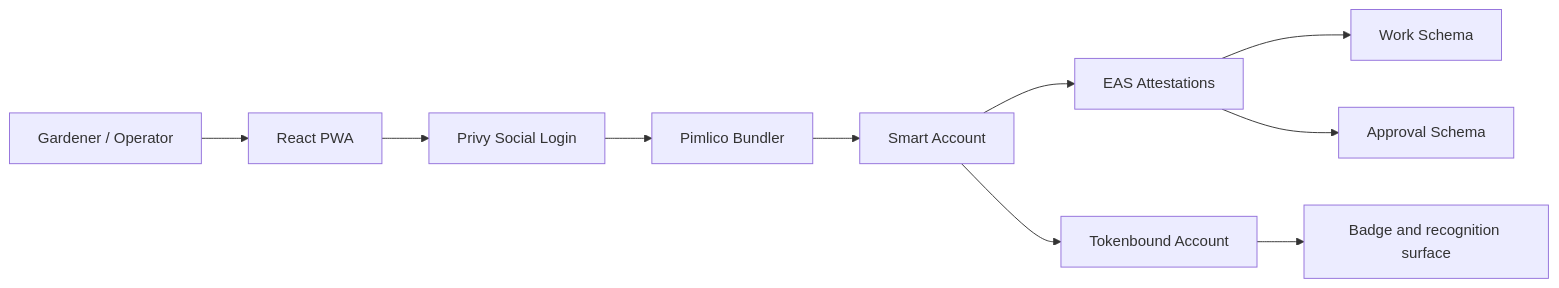
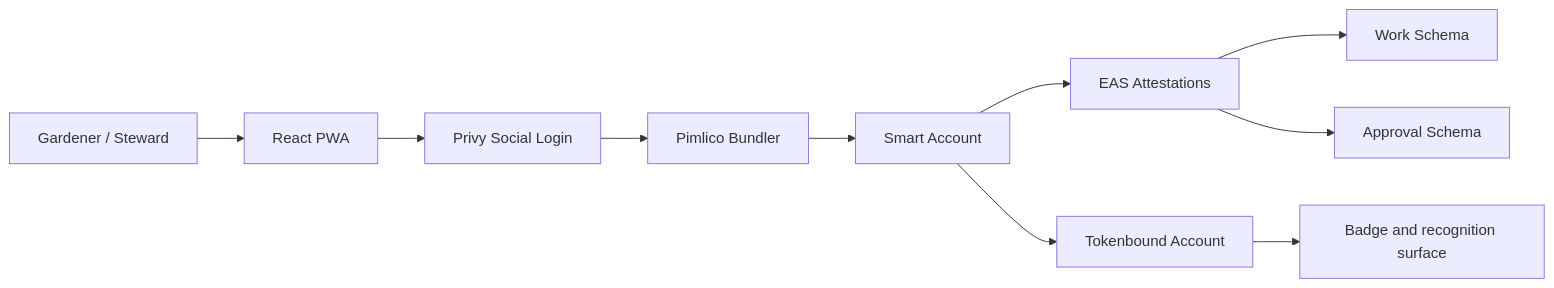
One commit to greenpill-dev-guild/green-goods changed the diagram in docs/docs/builders/specs/v0-1.mdx. Above: the diagram before and after it, drawn with Mermaid. The commit also changed other lines of this file and 447 other files, not shown here.

````diff
--- a/docs/docs/builders/specs/v0-1.mdx
+++ b/docs/docs/builders/specs/v0-1.mdx
@@ -33,12 +33,12 @@
 ```mermaid
 flowchart LR
-    User[Gardener / Operator] --> PWA[React PWA]
+    User[Gardener / Steward] --> PWA[React PWA]
     PWA --> Privy[Privy Social Login]
     Privy --> Pimlico[Pimlico Bundler]
     Pimlico --> SA[Smart Account]
     SA --> EAS[EAS Attestations]
     SA --> TBA[Tokenbound Account]
     EAS --> Work[Work Schema]
     EAS --> Approval[Approval Schema]
     TBA --> Badges[Badge and recognition surface]
 ```
````
